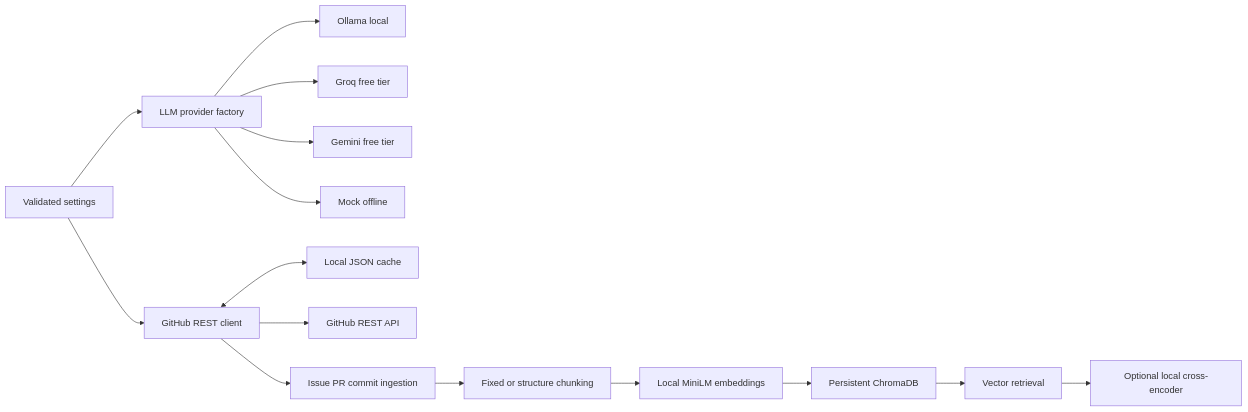
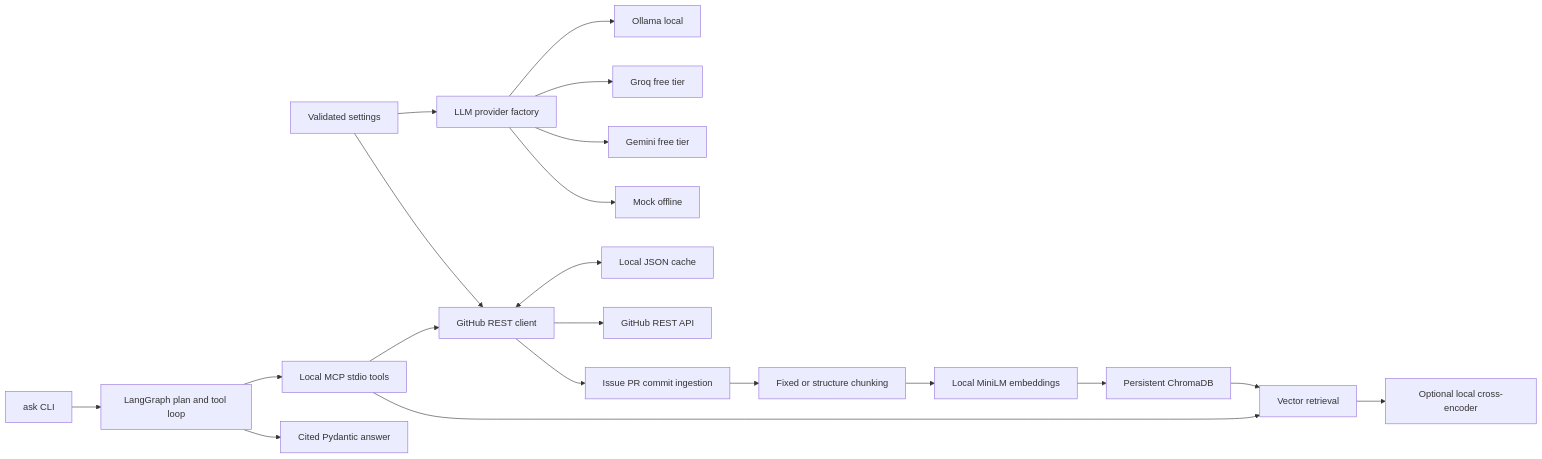
The diagram in README.md (Madv4/repopulse), drawn with Mermaid before and after one commit. The commit also changed other lines of this file and 21 other files, not shown here.

Commit message:
feat: add bounded MCP LangGraph agent

````diff
--- a/README.md
+++ b/README.md
@@ -77,17 +88,22 @@
 ```mermaid
 flowchart LR
     Config[Validated settings] --> Factory[LLM provider factory]
     Factory --> Ollama[Ollama local]
     Factory --> Groq[Groq free tier]
     Factory --> Gemini[Gemini free tier]
     Factory --> Mock[Mock offline]
     Config --> GitHub[GitHub REST client]
     GitHub <--> Cache[Local JSON cache]
     GitHub --> API[GitHub REST API]
     GitHub --> Ingest[Issue PR commit ingestion]
     Ingest --> Chunk[Fixed or structure chunking]
     Chunk --> Embed[Local MiniLM embeddings]
     Embed --> Chroma[Persistent ChromaDB]
     Chroma --> Retrieve[Vector retrieval]
     Retrieve --> Rerank[Optional local cross-encoder]
+    Ask[ask CLI] --> Agent[LangGraph plan and tool loop]
+    Agent --> MCP[Local MCP stdio tools]
+    MCP --> GitHub
+    MCP --> Retrieve
+    Agent --> Answer[Cited Pydantic answer]
 ```
````
